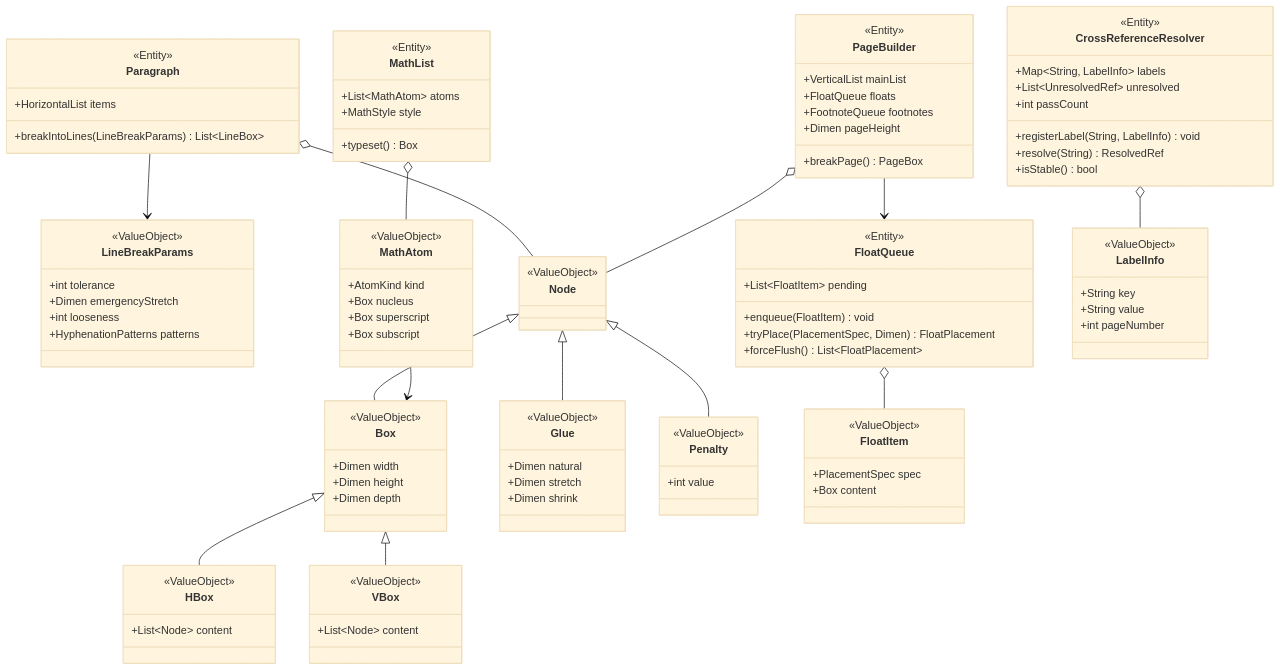
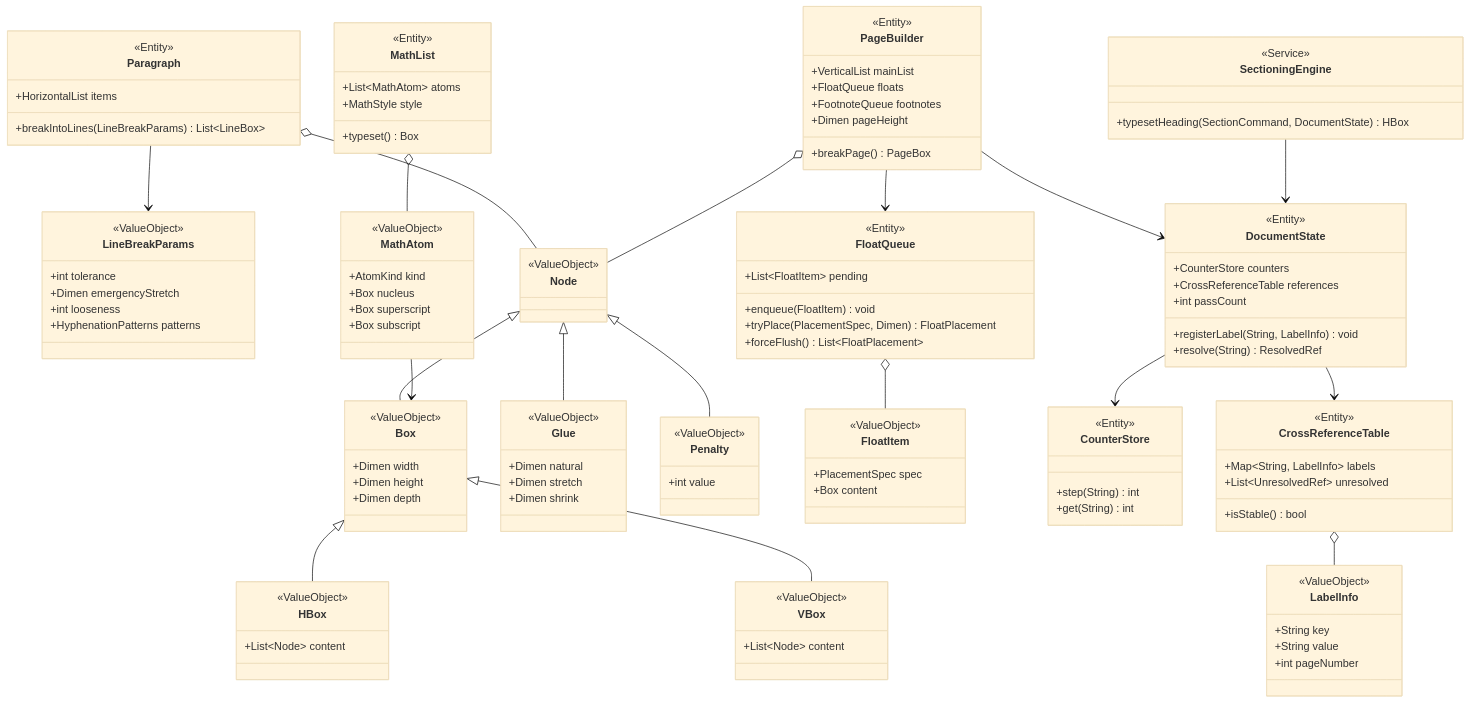
Before and after one commit to RK0429/ferritex: the third of 11 diagrams in docs/domain_model.md, drawn with Mermaid (base theme). The commit also changed other lines of this file and 1 other file, not shown here.

````diff
--- a/docs/domain_model.md
+++ b/docs/domain_model.md
@@ -213,6 +318,10 @@
         +Box superscript
         +Box subscript
     }
+    class SectioningEngine {
+        <<Service>>
+        +typesetHeading(SectionCommand, DocumentState) HBox
+    }
     class PageBuilder {
         <<Entity>>
         +VerticalList mainList
@@ -233,13 +342,23 @@
         +PlacementSpec spec
         +Box content
     }
-    class CrossReferenceResolver {
+    class DocumentState {
         <<Entity>>
-        +Map~String‚ LabelInfo~ labels
-        +List~UnresolvedRef~ unresolved
+        +CounterStore counters
+        +CrossReferenceTable references
         +int passCount
         +registerLabel(String, LabelInfo) void
         +resolve(String) ResolvedRef
+    }
+    class CounterStore {
+        <<Entity>>
+        +step(String) int
+        +get(String) int
+    }
+    class CrossReferenceTable {
+        <<Entity>>
+        +Map~String, LabelInfo~ labels
+        +List~UnresolvedRef~ unresolved
         +isStable() bool
     }
     class LabelInfo {
@@ -258,8 +377,12 @@
     Paragraph o-- Node
     PageBuilder o-- Node
     PageBuilder --> FloatQueue
+    PageBuilder --> DocumentState
     FloatQueue o-- FloatItem
     MathList o-- MathAtom
     MathAtom --> Box
-    CrossReferenceResolver o-- LabelInfo
+    SectioningEngine --> DocumentState
+    DocumentState --> CounterStore
+    DocumentState --> CrossReferenceTable
+    CrossReferenceTable o-- LabelInfo
 ```
````
